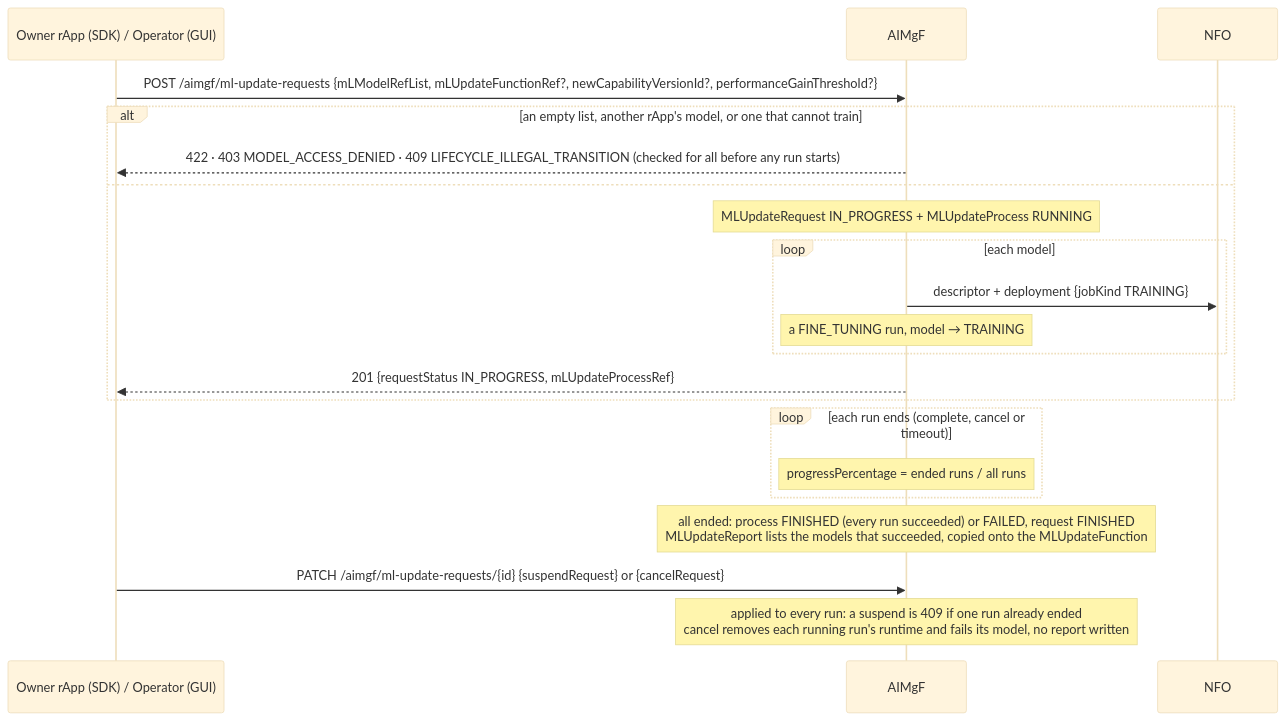
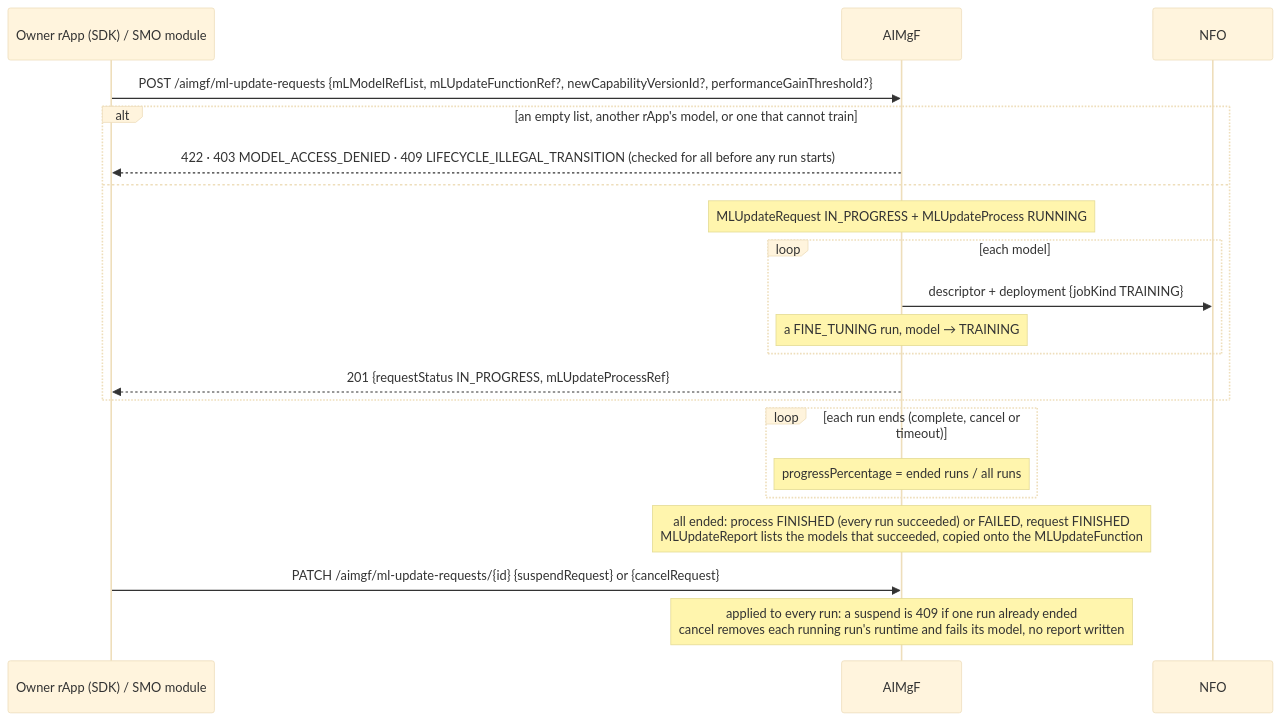
Before and after one commit to rsys-bshankar/ai-ran-smo: the third of 5 diagrams in smo/docs/call-flows/27-ts28105-provisioning-resources.md, drawn with Mermaid (base theme). The commit also changed other lines of this file and 19 other files, not shown here.

````diff
--- a/smo/docs/call-flows/27-ts28105-provisioning-resources.md
+++ b/smo/docs/call-flows/27-ts28105-provisioning-resources.md
@@ -110,26 +114,26 @@
 ```mermaid
 sequenceDiagram
-    participant R as Owner rApp (SDK) / Operator (GUI)
+    participant R as Owner rApp (SDK) / SMO module
     participant AIM as AIMgF
     participant NFO as NFO
 
     R->>AIM: POST /aimgf/ml-update-requests {mLModelRefList, mLUpdateFunctionRef?, newCapabilityVersionId?, performanceGainThreshold?}
     alt an empty list, another rApp's model, or one that cannot train
         AIM-->>R: 422 · 403 MODEL_ACCESS_DENIED · 409 LIFECYCLE_ILLEGAL_TRANSITION (checked for all before any run starts)
     else
         Note over AIM: MLUpdateRequest IN_PROGRESS + MLUpdateProcess RUNNING
         loop each model
             AIM->>NFO: descriptor + deployment {jobKind TRAINING}
             Note over AIM: a FINE_TUNING run, model → TRAINING
         end
         AIM-->>R: 201 {requestStatus IN_PROGRESS, mLUpdateProcessRef}
     end
 
     loop each run ends (complete, cancel or timeout)
         Note over AIM: progressPercentage = ended runs / all runs
     end
     Note over AIM: all ended: process FINISHED (every run succeeded) or FAILED, request FINISHED<br/>MLUpdateReport lists the models that succeeded, copied onto the MLUpdateFunction
 
     R->>AIM: PATCH /aimgf/ml-update-requests/{id} {suspendRequest} or {cancelRequest}
     Note over AIM: applied to every run: a suspend is 409 if one run already ended<br/>cancel removes each running run's runtime and fails its model, no report written
 ```
````
